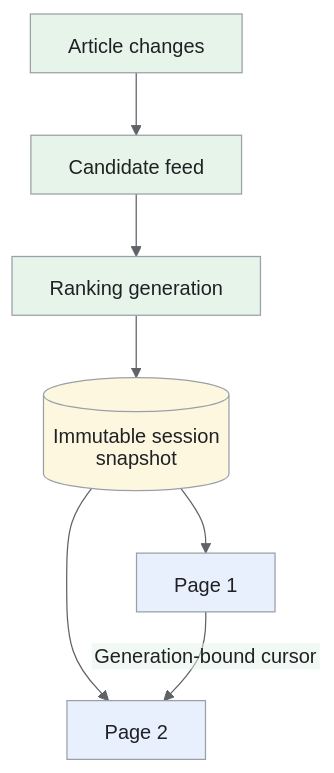
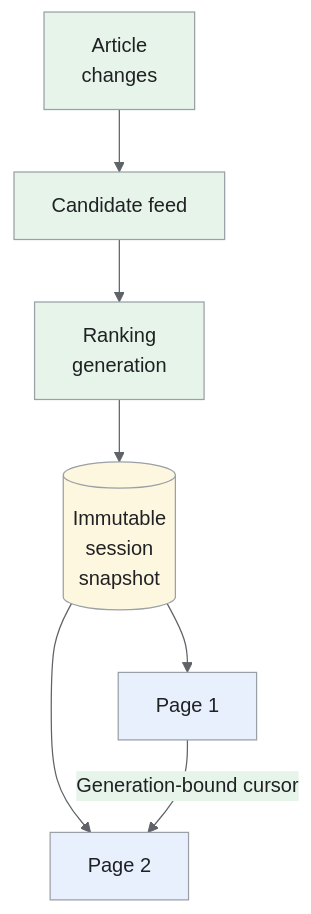
Before and after one commit to iliazlobin/iliazlobin.github.io: the fifth of 5 diagrams in _designs/system-design-google-news.md, drawn with Mermaid. The commit also changed other lines of this file and 116 other files, not shown here.

````diff
--- a/_designs/system-design-google-news.md
+++ b/_designs/system-design-google-news.md
@@ -273,17 +301,17 @@
 ```mermaid
-%%{init: {'theme':'base','htmlLabels':false,'flowchart':{'htmlLabels':false},'themeVariables':{'fontFamily':'Arial, sans-serif','primaryColor':'#e8f0fe','primaryTextColor':'#202124','primaryBorderColor':'#9aa0a6','lineColor':'#5f6368','secondaryColor':'#e6f4ea','tertiaryColor':'#fef7e0','actorBkg':'#e8f0fe','actorBorder':'#9aa0a6','actorTextColor':'#202124','noteBkgColor':'#fef7e0','noteTextColor':'#202124','noteBorderColor':'#9aa0a6','signalColor':'#5f6368','signalTextColor':'#202124','labelBoxBkgColor':'#fef7e0','labelBoxBorderColor':'#9aa0a6'}}}%%
+%%{init: {"theme":"base","themeVariables":{"primaryColor":"#e8f0fe","primaryTextColor":"#202124","primaryBorderColor":"#9aa0a6","lineColor":"#5f6368","secondaryColor":"#e6f4ea","tertiaryColor":"#fef7e0","actorBkg":"#e8f0fe","actorBorder":"#9aa0a6","actorTextColor":"#202124","noteBkgColor":"#fef7e0","noteTextColor":"#202124","noteBorderColor":"#9aa0a6","signalColor":"#5f6368","signalTextColor":"#202124","labelBoxBkgColor":"#fef7e0","labelBoxBorderColor":"#9aa0a6"}}}%%
 flowchart TB
-  A["Article changes"] --> C["Candidate feed"]
-  C --> G["Ranking generation"]
-  G --> S[("Immutable session snapshot")]
+  A["Article<br>changes"] --> C["Candidate feed"]
+  C --> G["Ranking<br>generation"]
+  G --> S[("Immutable<br>session<br>snapshot")]
   S --> P1["Page 1"]
   S --> P2["Page 2"]
   P1 -->|"Generation-bound cursor"| P2
   class A,C,G data
   class S control
   class P1,P2 request
 classDef request fill:#e8f0fe,stroke:#9aa0a6,color:#202124;
 classDef data fill:#e6f4ea,stroke:#9aa0a6,color:#202124;
 classDef control fill:#fef7e0,stroke:#9aa0a6,color:#202124;
 classDef danger fill:#fce8e6,stroke:#9aa0a6,color:#202124;
 ```
````
